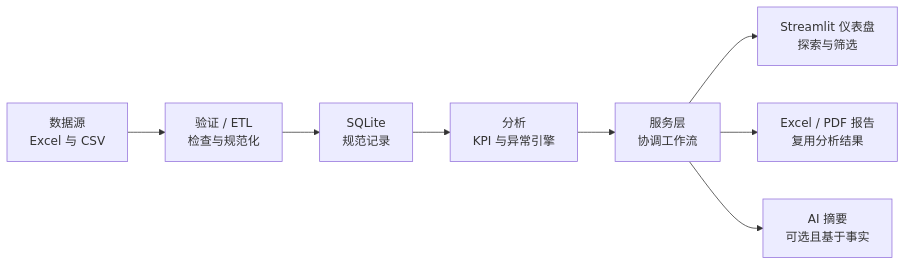
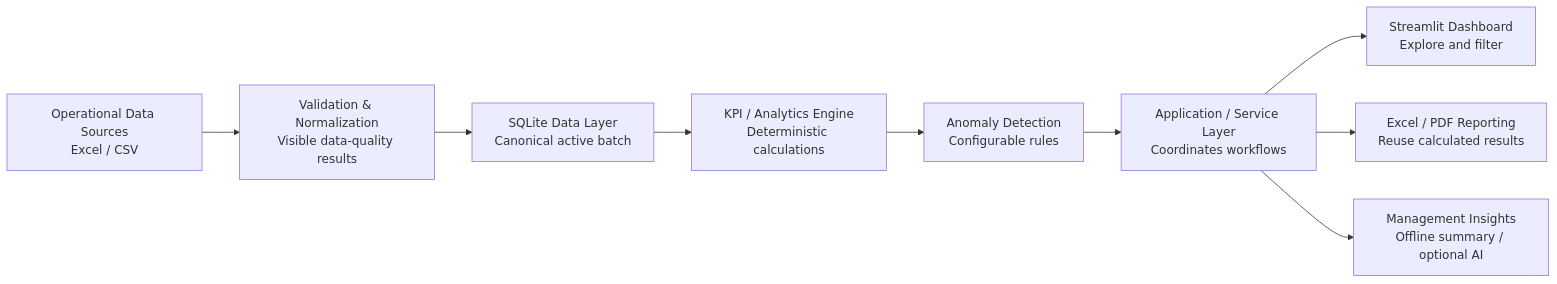
Before and after one commit to lan995173441/manufacturing-operations-intelligence: the diagram in docs/portfolio/PORTFOLIO_RELEASE_PACKAGE.zh-CN.md, drawn with Mermaid. The commit also changed other lines of this file and 4 other files, not shown here.

````diff
--- a/docs/portfolio/PORTFOLIO_RELEASE_PACKAGE.zh-CN.md
+++ b/docs/portfolio/PORTFOLIO_RELEASE_PACKAGE.zh-CN.md
@@ -189,10 +66,11 @@
 ```mermaid
 flowchart LR
-    A[数据源<br/>Excel 与 CSV] --> B[验证 / ETL<br/>检查与规范化]
-    B --> C[SQLite<br/>规范记录]
-    C --> D[分析<br/>KPI 与异常引擎]
-    D --> E[服务层<br/>协调工作流]
-    E --> F[Streamlit 仪表盘<br/>探索与筛选]
-    E --> G[Excel / PDF 报告<br/>复用分析结果]
-    E --> H[AI 摘要<br/>可选且基于事实]
+    A[Operational Data Sources<br/>Excel / CSV] --> B[Validation & Normalization<br/>Visible data-quality results]
+    B --> C[SQLite Data Layer<br/>Canonical active batch]
+    C --> D[KPI / Analytics Engine<br/>Deterministic calculations]
+    D --> E[Anomaly Detection<br/>Configurable rules]
+    E --> F[Application / Service Layer<br/>Coordinates workflows]
+    F --> G[Streamlit Dashboard<br/>Explore and filter]
+    F --> H[Excel / PDF Reporting<br/>Reuse calculated results]
+    F --> I[Management Insights<br/>Offline summary / optional AI]
 ```
````
